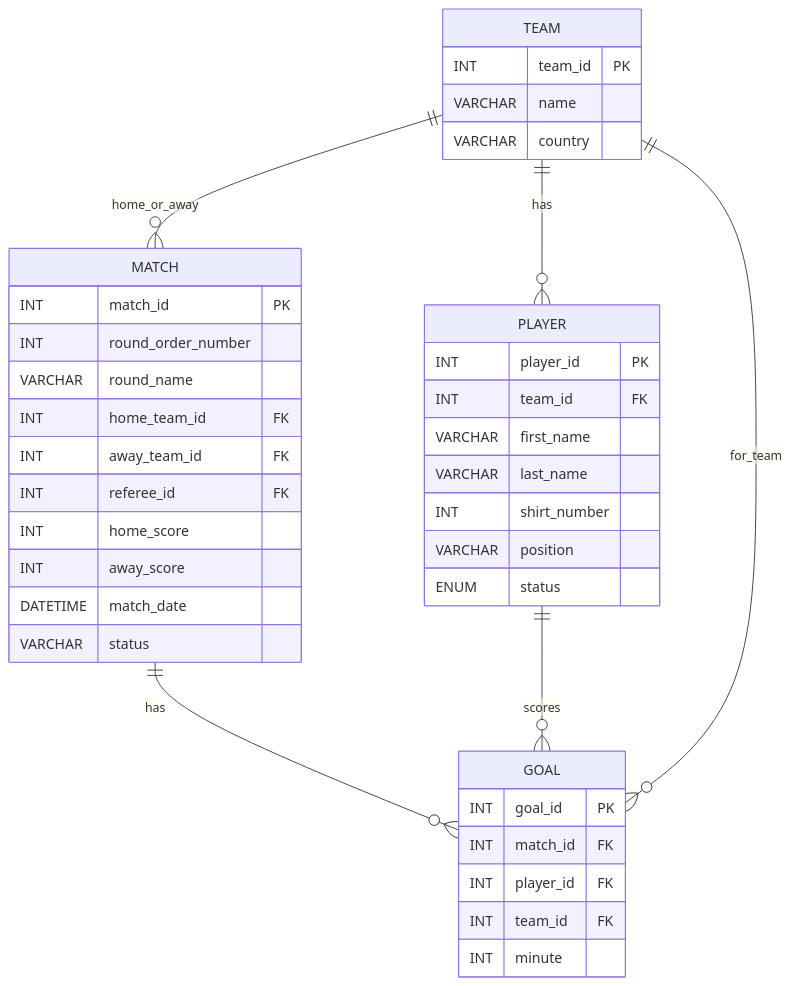
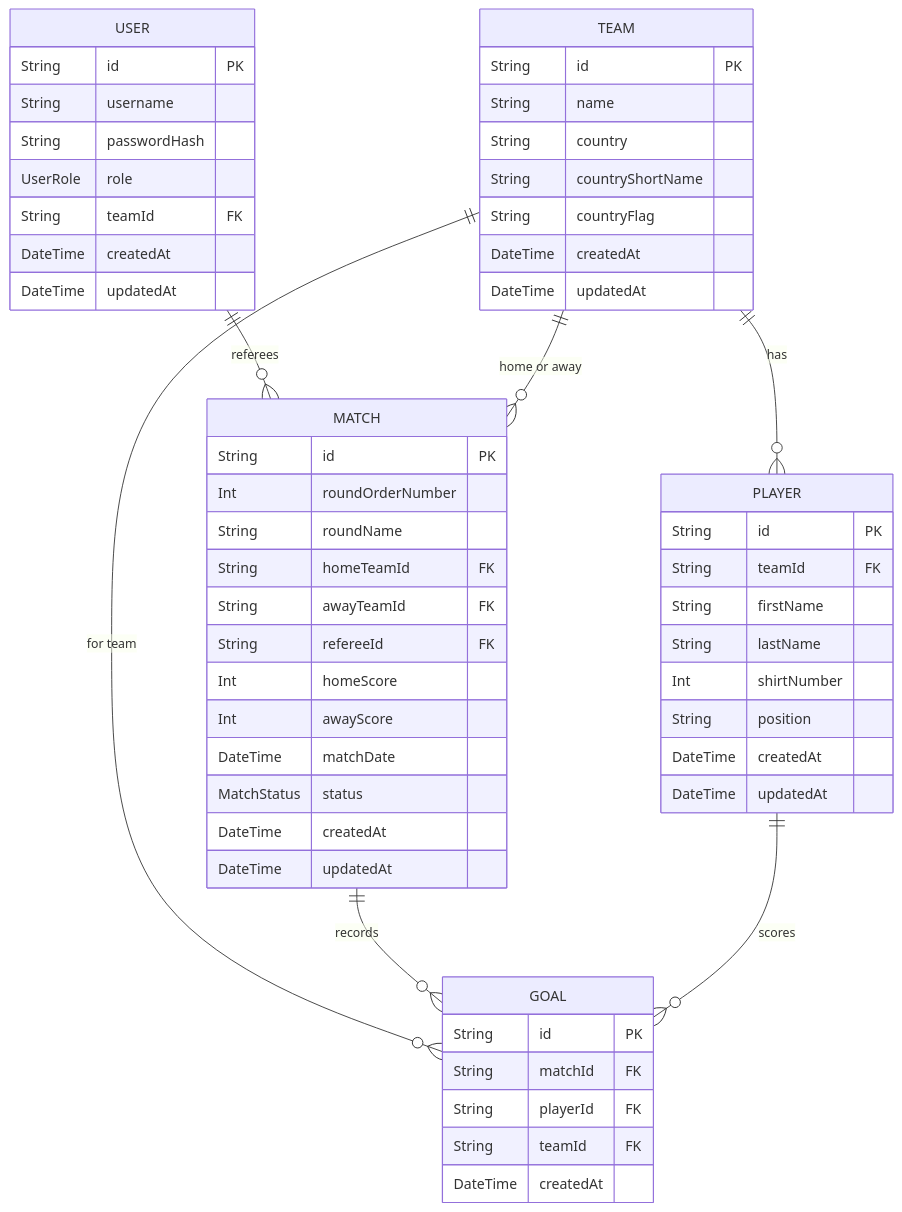
Before and after one commit to sanderkerkhofs/worldcup-manager-2026: the third of 3 diagrams in analysis/project_schema.md, drawn with Mermaid. The commit also changed other lines of this file and 16 other files, not shown here.

First line of the commit message:
feat: add logical ERD and UML class diagram for tournament management

````diff
--- a/analysis/project_schema.md
+++ b/analysis/project_schema.md
@@ -125,45 +208,63 @@
 ```mermaid
 erDiagram
+  USER {
+    String id PK
+    String username
+    String passwordHash
+    UserRole role
+    String teamId FK
+    DateTime createdAt
+    DateTime updatedAt
+  }
+
   TEAM {
-    INT team_id PK
-    VARCHAR name
-    VARCHAR country
+    String id PK
+    String name
+    String country
+    String countryShortName
+    String countryFlag
+    DateTime createdAt
+    DateTime updatedAt
   }
 
   MATCH {
-    INT match_id PK
-    INT round_order_number
-    VARCHAR round_name
-    INT home_team_id FK
-    INT away_team_id FK
-    INT referee_id FK
-    INT home_score
-    INT away_score
-    DATETIME match_date
-    VARCHAR status
+    String id PK
+    Int roundOrderNumber
+    String roundName
+    String homeTeamId FK
+    String awayTeamId FK
+    String refereeId FK
+    Int homeScore
+    Int awayScore
+    DateTime matchDate
+    MatchStatus status
+    DateTime createdAt
+    DateTime updatedAt
   }
 
   PLAYER {
-    INT player_id PK
-    INT team_id FK
-    VARCHAR first_name
-    VARCHAR last_name
-    INT shirt_number
-    VARCHAR position
-    ENUM status
+    String id PK
+    String teamId FK
+    String firstName
+    String lastName
+    Int shirtNumber
+    String position
+    DateTime createdAt
+    DateTime updatedAt
   }
 
   GOAL {
-    INT goal_id PK
-    INT match_id FK
-    INT player_id FK
-    INT team_id FK
-    INT minute
+    String id PK
+    String matchId FK
+    String playerId FK
+    String teamId FK
+    DateTime createdAt
   }
 
+  USER ||--o{ MATCH : referees
   TEAM ||--o{ PLAYER : has
-  MATCH ||--o{ GOAL : has
+  TEAM ||--o{ GOAL : "for team"
+  TEAM ||--o{ MATCH : "home or away"
+  MATCH ||--o{ GOAL : records
   PLAYER ||--o{ GOAL : scores
-  TEAM ||--o{ GOAL : for_team
-  TEAM ||--o{ MATCH : home_or_away
 ```
````
